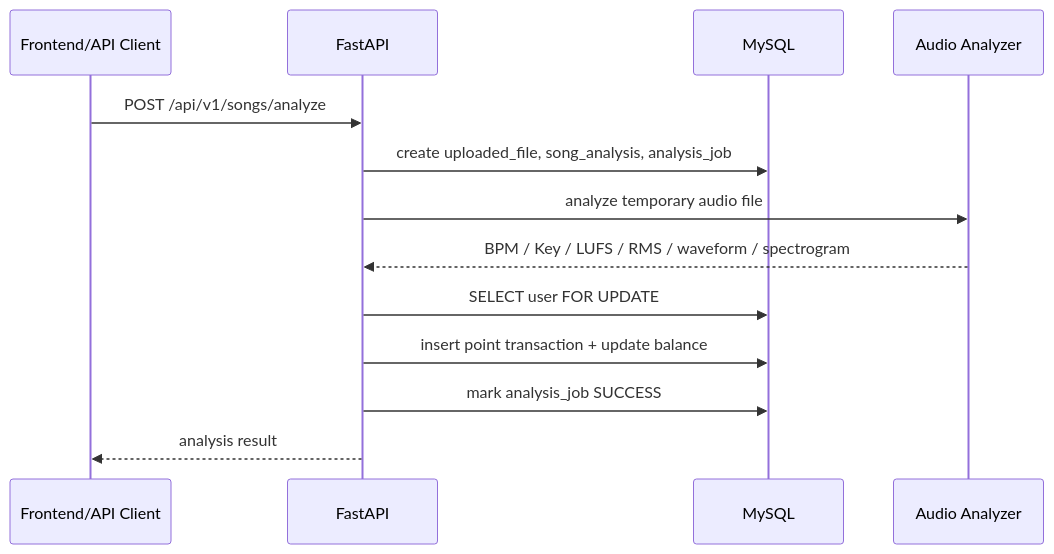
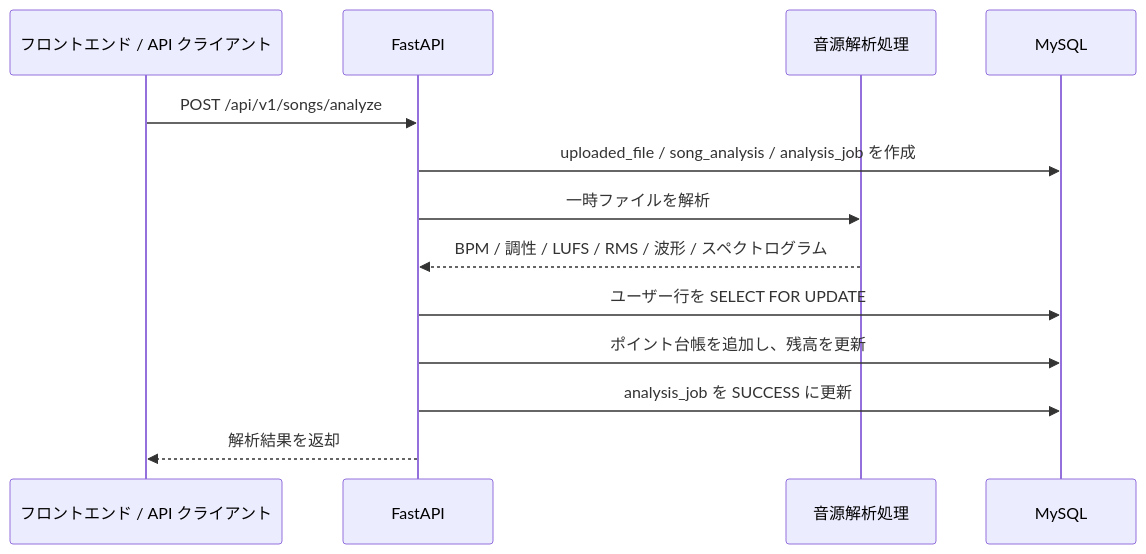
One commit to Ren-Tianming/Audio_Analysis_Service changed the third of 3 diagrams in README.md. Above: the diagram before and after it, drawn with Mermaid. The commit also changed other lines of this file and 16 other files, not shown here.

````diff
--- a/README.md
+++ b/README.md
@@ -57,15 +146,15 @@
 ```mermaid
 sequenceDiagram
-  participant UI as Frontend/API Client
+  participant UI as フロントエンド / API クライアント
   participant API as FastAPI
+  participant Analyzer as 音源解析処理
   participant DB as MySQL
-  participant Analyzer as Audio Analyzer
   UI->>API: POST /api/v1/songs/analyze
-  API->>DB: create uploaded_file, song_analysis, analysis_job
-  API->>Analyzer: analyze temporary audio file
-  Analyzer-->>API: BPM / Key / LUFS / RMS / waveform / spectrogram
-  API->>DB: SELECT user FOR UPDATE
-  API->>DB: insert point transaction + update balance
-  API->>DB: mark analysis_job SUCCESS
-  API-->>UI: analysis result
+  API->>DB: uploaded_file / song_analysis / analysis_job を作成
+  API->>Analyzer: 一時ファイルを解析
+  Analyzer-->>API: BPM / 調性 / LUFS / RMS / 波形 / スペクトログラム
+  API->>DB: ユーザー行を SELECT FOR UPDATE
+  API->>DB: ポイント台帳を追加し、残高を更新
+  API->>DB: analysis_job を SUCCESS に更新
+  API-->>UI: 解析結果を返却
 ```
````
